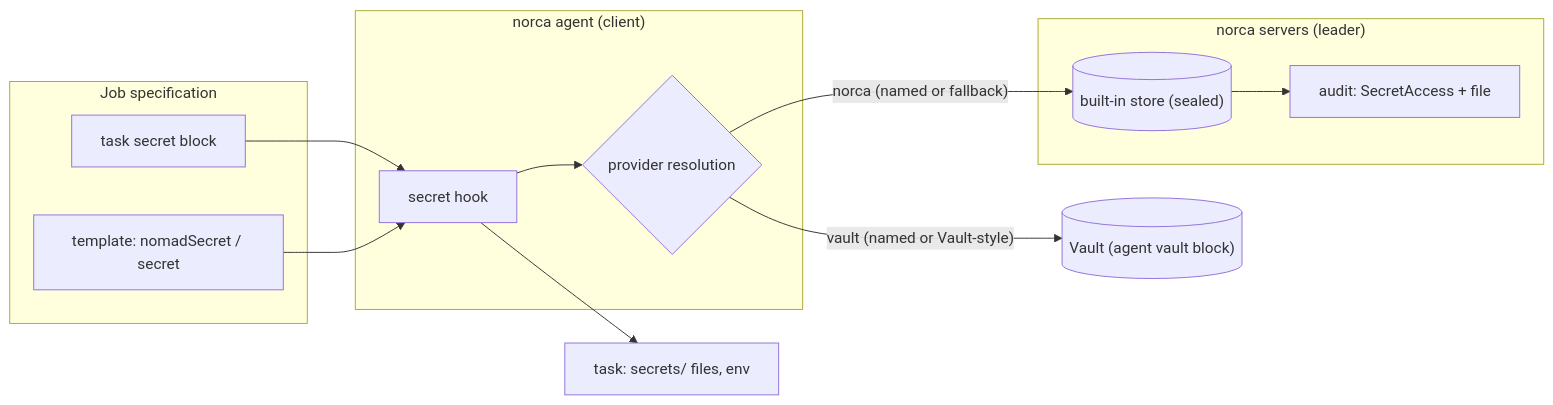
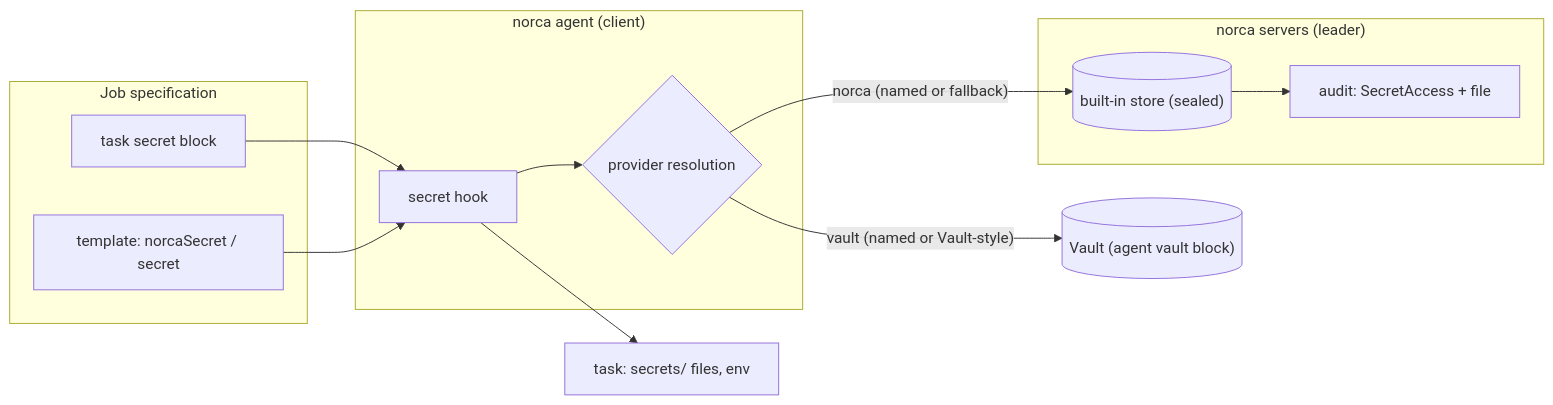
The diagram in content/docs/features/secrets/_index.md (bacanoo-io/norca-doc), drawn with Mermaid before and after one commit. The commit also changed other lines of this file and 5 other files, not shown here.

First line of the commit message:
secrets: the template function is norcaSecret

````diff
--- a/content/docs/features/secrets/_index.md
+++ b/content/docs/features/secrets/_index.md
@@ -43,24 +43,24 @@
 ```mermaid
 flowchart LR
   subgraph Job["Job specification"]
     SB["task secret block"]
-    TPL["template: nomadSecret / secret"]
+    TPL["template: norcaSecret / secret"]
   end
   subgraph Client["norca agent (client)"]
     Hook["secret hook"]
     Res{"provider resolution"}
     Hook --> Res
   end
   subgraph Servers["norca servers (leader)"]
     Store[("built-in store (sealed)")]
     Audit["audit: SecretAccess + file"]
     Store --> Audit
   end
   Vault[("Vault (agent vault block)")]
   Task["task: secrets/ files, env"]
   SB --> Hook
   TPL --> Hook
   Res -- "norca (named or fallback)" --> Store
   Res -- "vault (named or Vault-style)" --> Vault
   Hook --> Task
 ```
````
